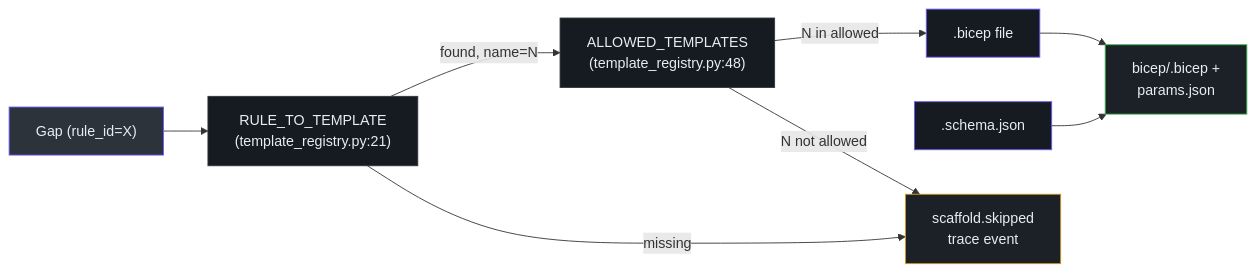
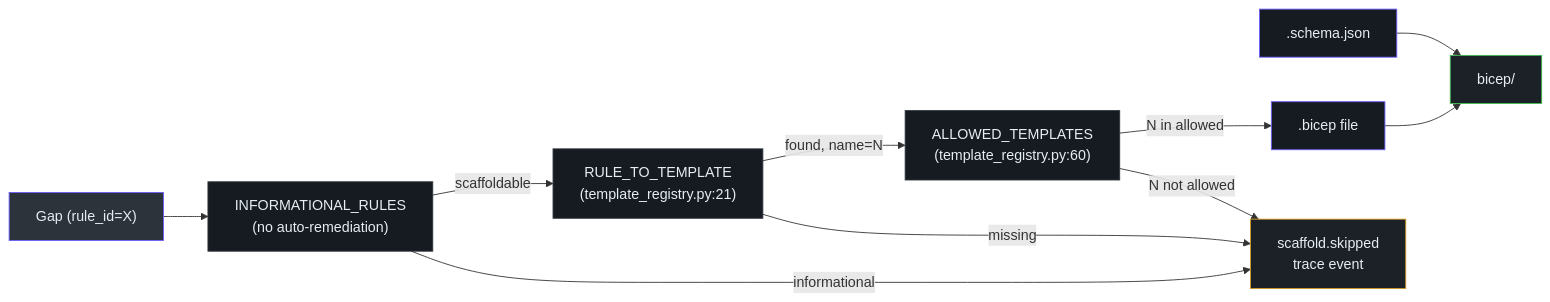
One commit to msucharda/slz-readiness changed the diagram in wiki/docs/deep-dive/scaffold/engine-and-registry.md. Above: the diagram before and after it, drawn with Mermaid. The commit also changed other lines of this file and 39 other files, not shown here.

````diff
--- a/wiki/docs/deep-dive/scaffold/engine-and-registry.md
+++ b/wiki/docs/deep-dive/scaffold/engine-and-registry.md
@@ -31,24 +32,27 @@
 ```mermaid
 flowchart LR
     In["Gap (rule_id=X)"]:::in
+    Info["INFORMATIONAL_RULES<br>(no auto-remediation)"]:::l
     L1["RULE_TO_TEMPLATE<br>(template_registry.py:21)"]:::l
-    L2["ALLOWED_TEMPLATES<br>(template_registry.py:48)"]:::l
+    L2["ALLOWED_TEMPLATES<br>(template_registry.py:60)"]:::l
     Temp["<name>.bicep file"]:::t
     Schema["<name>.schema.json"]:::t
-    Emit["bicep/<rule_id>.bicep +<br>params.json"]:::out
+    Emit["bicep/<template>.bicep +<br>params/*.json"]:::out
     Skip["scaffold.skipped<br>trace event"]:::skip
 
-    In --> L1
+    In --> Info
+    Info -- "informational" --> Skip
+    Info -- "scaffoldable" --> L1
     L1 -- "found, name=N" --> L2
     L1 -- "missing" --> Skip
     L2 -- "N in allowed" --> Temp
     L2 -- "N not allowed" --> Skip
     Temp --> Emit
     Schema --> Emit
 
     classDef in fill:#2d333b,stroke:#6d5dfc,color:#e6edf3;
     classDef l fill:#161b22,stroke:#30363d,color:#e6edf3;
     classDef t fill:#161b22,stroke:#6d5dfc,color:#e6edf3;
     classDef out fill:#1c2128,stroke:#3fb950,color:#e6edf3;
     classDef skip fill:#1c2128,stroke:#d29922,color:#e6edf3;
 ```
````
